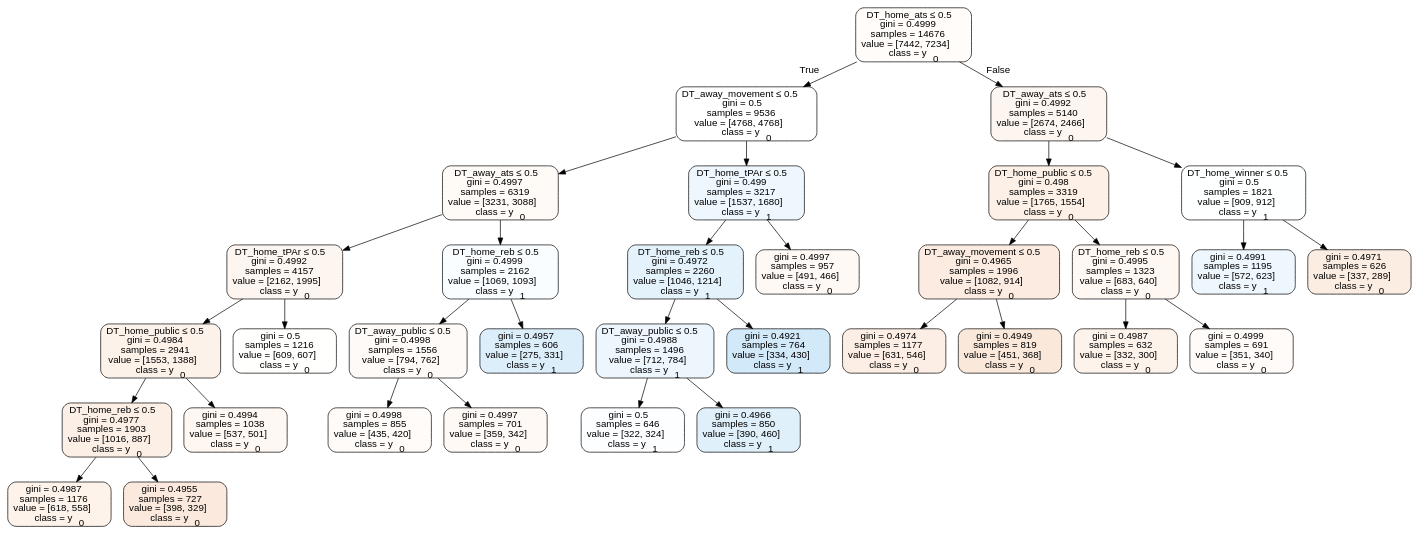
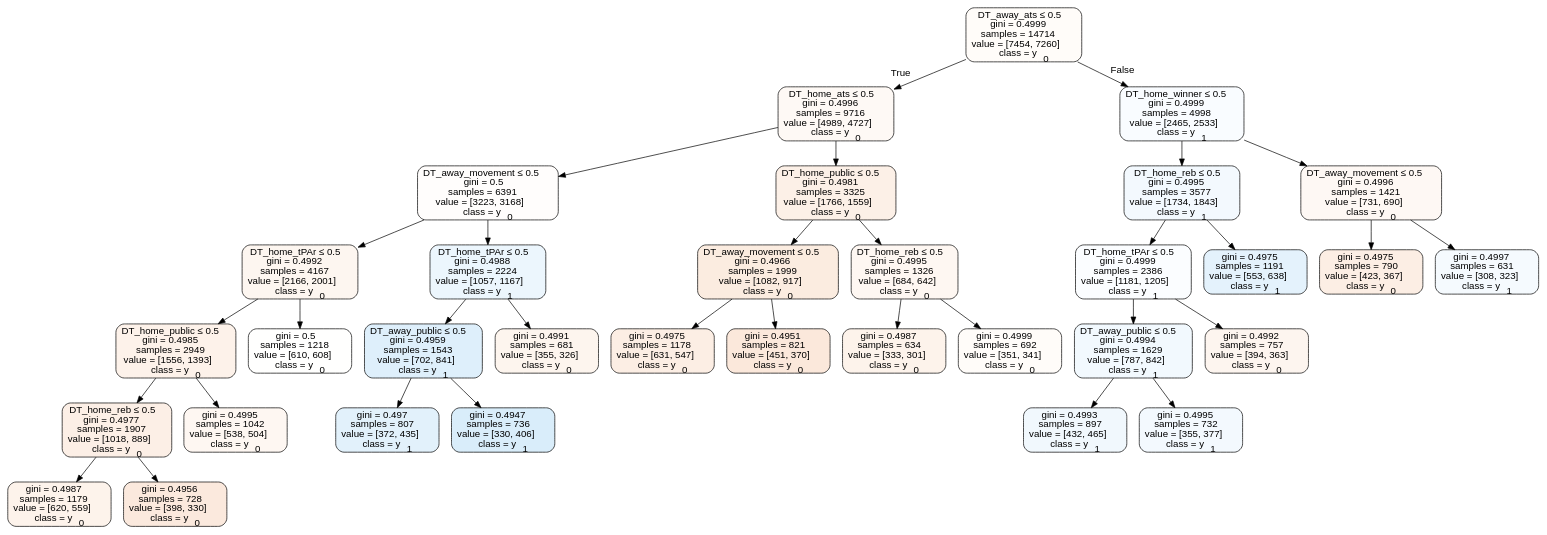
The diagram in Basketball/data/trees/tree2017home.dot (usbogie/ncaa-bets), drawn with Graphviz before and after one commit. The commit also changed 33 other files, not shown here.

```diff
--- a/Basketball/data/trees/tree2017home.dot
+++ b/Basketball/data/trees/tree2017home.dot
@@ -1,69 +1,69 @@
 digraph Tree {
 node [shape=box, style="filled, rounded", color="black", fontname=helvetica] ;
 edge [fontname=helvetica] ;
-0 [label=<DT_home_ats &le; 0.5<br/>gini = 0.4999<br/>samples = 14676<br/>value = [7442, 7234]<br/>class = y<SUB>0</SUB>>, fillcolor="#e5813907"] ;
-1 [label=<DT_away_movement &le; 0.5<br/>gini = 0.5<br/>samples = 9536<br/>value = [4768, 4768]<br/>class = y<SUB>0</SUB>>, fillcolor="#e5813900"] ;
+0 [label=<DT_away_ats &le; 0.5<br/>gini = 0.4999<br/>samples = 14714<br/>value = [7454, 7260]<br/>class = y<SUB>0</SUB>>, fillcolor="#e5813907"] ;
+1 [label=<DT_home_ats &le; 0.5<br/>gini = 0.4996<br/>samples = 9716<br/>value = [4989, 4727]<br/>class = y<SUB>0</SUB>>, fillcolor="#e581390d"] ;
 0 -> 1 [labeldistance=2.5, labelangle=45, headlabel="True"] ;
-2 [label=<DT_away_ats &le; 0.5<br/>gini = 0.4997<br/>samples = 6319<br/>value = [3231, 3088]<br/>class = y<SUB>0</SUB>>, fillcolor="#e581390b"] ;
+2 [label=<DT_away_movement &le; 0.5<br/>gini = 0.5<br/>samples = 6391<br/>value = [3223, 3168]<br/>class = y<SUB>0</SUB>>, fillcolor="#e5813904"] ;
 1 -> 2 ;
-3 [label=<DT_home_tPAr &le; 0.5<br/>gini = 0.4992<br/>samples = 4157<br/>value = [2162, 1995]<br/>class = y<SUB>0</SUB>>, fillcolor="#e5813914"] ;
+3 [label=<DT_home_tPAr &le; 0.5<br/>gini = 0.4992<br/>samples = 4167<br/>value = [2166, 2001]<br/>class = y<SUB>0</SUB>>, fillcolor="#e5813913"] ;
 2 -> 3 ;
-4 [label=<DT_home_public &le; 0.5<br/>gini = 0.4984<br/>samples = 2941<br/>value = [1553, 1388]<br/>class = y<SUB>0</SUB>>, fillcolor="#e581391b"] ;
+4 [label=<DT_home_public &le; 0.5<br/>gini = 0.4985<br/>samples = 2949<br/>value = [1556, 1393]<br/>class = y<SUB>0</SUB>>, fillcolor="#e581391b"] ;
 3 -> 4 ;
-5 [label=<DT_home_reb &le; 0.5<br/>gini = 0.4977<br/>samples = 1903<br/>value = [1016, 887]<br/>class = y<SUB>0</SUB>>, fillcolor="#e5813920"] ;
+5 [label=<DT_home_reb &le; 0.5<br/>gini = 0.4977<br/>samples = 1907<br/>value = [1018, 889]<br/>class = y<SUB>0</SUB>>, fillcolor="#e5813920"] ;
 4 -> 5 ;
-6 [label=<gini = 0.4987<br/>samples = 1176<br/>value = [618, 558]<br/>class = y<SUB>0</SUB>>, fillcolor="#e5813919"] ;
+6 [label=<gini = 0.4987<br/>samples = 1179<br/>value = [620, 559]<br/>class = y<SUB>0</SUB>>, fillcolor="#e5813919"] ;
 5 -> 6 ;
-7 [label=<gini = 0.4955<br/>samples = 727<br/>value = [398, 329]<br/>class = y<SUB>0</SUB>>, fillcolor="#e581392c"] ;
+7 [label=<gini = 0.4956<br/>samples = 728<br/>value = [398, 330]<br/>class = y<SUB>0</SUB>>, fillcolor="#e581392c"] ;
 5 -> 7 ;
-8 [label=<gini = 0.4994<br/>samples = 1038<br/>value = [537, 501]<br/>class = y<SUB>0</SUB>>, fillcolor="#e5813911"] ;
+8 [label=<gini = 0.4995<br/>samples = 1042<br/>value = [538, 504]<br/>class = y<SUB>0</SUB>>, fillcolor="#e5813910"] ;
 4 -> 8 ;
-9 [label=<gini = 0.5<br/>samples = 1216<br/>value = [609, 607]<br/>class = y<SUB>0</SUB>>, fillcolor="#e5813901"] ;
+9 [label=<gini = 0.5<br/>samples = 1218<br/>value = [610, 608]<br/>class = y<SUB>0</SUB>>, fillcolor="#e5813901"] ;
 3 -> 9 ;
-10 [label=<DT_home_reb &le; 0.5<br/>gini = 0.4999<br/>samples = 2162<br/>value = [1069, 1093]<br/>class = y<SUB>1</SUB>>, fillcolor="#399de506"] ;
+10 [label=<DT_home_tPAr &le; 0.5<br/>gini = 0.4988<br/>samples = 2224<br/>value = [1057, 1167]<br/>class = y<SUB>1</SUB>>, fillcolor="#399de518"] ;
 2 -> 10 ;
-11 [label=<DT_away_public &le; 0.5<br/>gini = 0.4998<br/>samples = 1556<br/>value = [794, 762]<br/>class = y<SUB>0</SUB>>, fillcolor="#e581390a"] ;
+11 [label=<DT_away_public &le; 0.5<br/>gini = 0.4959<br/>samples = 1543<br/>value = [702, 841]<br/>class = y<SUB>1</SUB>>, fillcolor="#399de52a"] ;
 10 -> 11 ;
-12 [label=<gini = 0.4998<br/>samples = 855<br/>value = [435, 420]<br/>class = y<SUB>0</SUB>>, fillcolor="#e5813909"] ;
+12 [label=<gini = 0.497<br/>samples = 807<br/>value = [372, 435]<br/>class = y<SUB>1</SUB>>, fillcolor="#399de525"] ;
 11 -> 12 ;
-13 [label=<gini = 0.4997<br/>samples = 701<br/>value = [359, 342]<br/>class = y<SUB>0</SUB>>, fillcolor="#e581390c"] ;
+13 [label=<gini = 0.4947<br/>samples = 736<br/>value = [330, 406]<br/>class = y<SUB>1</SUB>>, fillcolor="#399de530"] ;
 11 -> 13 ;
-14 [label=<gini = 0.4957<br/>samples = 606<br/>value = [275, 331]<br/>class = y<SUB>1</SUB>>, fillcolor="#399de52b"] ;
+14 [label=<gini = 0.4991<br/>samples = 681<br/>value = [355, 326]<br/>class = y<SUB>0</SUB>>, fillcolor="#e5813915"] ;
 10 -> 14 ;
-15 [label=<DT_home_tPAr &le; 0.5<br/>gini = 0.499<br/>samples = 3217<br/>value = [1537, 1680]<br/>class = y<SUB>1</SUB>>, fillcolor="#399de516"] ;
+15 [label=<DT_home_public &le; 0.5<br/>gini = 0.4981<br/>samples = 3325<br/>value = [1766, 1559]<br/>class = y<SUB>0</SUB>>, fillcolor="#e581391e"] ;
 1 -> 15 ;
-16 [label=<DT_home_reb &le; 0.5<br/>gini = 0.4972<br/>samples = 2260<br/>value = [1046, 1214]<br/>class = y<SUB>1</SUB>>, fillcolor="#399de523"] ;
+16 [label=<DT_away_movement &le; 0.5<br/>gini = 0.4966<br/>samples = 1999<br/>value = [1082, 917]<br/>class = y<SUB>0</SUB>>, fillcolor="#e5813927"] ;
 15 -> 16 ;
-17 [label=<DT_away_public &le; 0.5<br/>gini = 0.4988<br/>samples = 1496<br/>value = [712, 784]<br/>class = y<SUB>1</SUB>>, fillcolor="#399de517"] ;
+17 [label=<gini = 0.4975<br/>samples = 1178<br/>value = [631, 547]<br/>class = y<SUB>0</SUB>>, fillcolor="#e5813922"] ;
 16 -> 17 ;
-18 [label=<gini = 0.5<br/>samples = 646<br/>value = [322, 324]<br/>class = y<SUB>1</SUB>>, fillcolor="#399de502"] ;
-17 -> 18 ;
-19 [label=<gini = 0.4966<br/>samples = 850<br/>value = [390, 460]<br/>class = y<SUB>1</SUB>>, fillcolor="#399de527"] ;
-17 -> 19 ;
-20 [label=<gini = 0.4921<br/>samples = 764<br/>value = [334, 430]<br/>class = y<SUB>1</SUB>>, fillcolor="#399de539"] ;
-16 -> 20 ;
-21 [label=<gini = 0.4997<br/>samples = 957<br/>value = [491, 466]<br/>class = y<SUB>0</SUB>>, fillcolor="#e581390d"] ;
-15 -> 21 ;
-22 [label=<DT_away_ats &le; 0.5<br/>gini = 0.4992<br/>samples = 5140<br/>value = [2674, 2466]<br/>class = y<SUB>0</SUB>>, fillcolor="#e5813914"] ;
+18 [label=<gini = 0.4951<br/>samples = 821<br/>value = [451, 370]<br/>class = y<SUB>0</SUB>>, fillcolor="#e581392e"] ;
+16 -> 18 ;
+19 [label=<DT_home_reb &le; 0.5<br/>gini = 0.4995<br/>samples = 1326<br/>value = [684, 642]<br/>class = y<SUB>0</SUB>>, fillcolor="#e5813910"] ;
+15 -> 19 ;
+20 [label=<gini = 0.4987<br/>samples = 634<br/>value = [333, 301]<br/>class = y<SUB>0</SUB>>, fillcolor="#e5813919"] ;
+19 -> 20 ;
+21 [label=<gini = 0.4999<br/>samples = 692<br/>value = [351, 341]<br/>class = y<SUB>0</SUB>>, fillcolor="#e5813907"] ;
+19 -> 21 ;
+22 [label=<DT_home_winner &le; 0.5<br/>gini = 0.4999<br/>samples = 4998<br/>value = [2465, 2533]<br/>class = y<SUB>1</SUB>>, fillcolor="#399de507"] ;
 0 -> 22 [labeldistance=2.5, labelangle=-45, headlabel="False"] ;
-23 [label=<DT_home_public &le; 0.5<br/>gini = 0.498<br/>samples = 3319<br/>value = [1765, 1554]<br/>class = y<SUB>0</SUB>>, fillcolor="#e581391e"] ;
+23 [label=<DT_home_reb &le; 0.5<br/>gini = 0.4995<br/>samples = 3577<br/>value = [1734, 1843]<br/>class = y<SUB>1</SUB>>, fillcolor="#399de50f"] ;
 22 -> 23 ;
-24 [label=<DT_away_movement &le; 0.5<br/>gini = 0.4965<br/>samples = 1996<br/>value = [1082, 914]<br/>class = y<SUB>0</SUB>>, fillcolor="#e5813928"] ;
+24 [label=<DT_home_tPAr &le; 0.5<br/>gini = 0.4999<br/>samples = 2386<br/>value = [1181, 1205]<br/>class = y<SUB>1</SUB>>, fillcolor="#399de505"] ;
 23 -> 24 ;
-25 [label=<gini = 0.4974<br/>samples = 1177<br/>value = [631, 546]<br/>class = y<SUB>0</SUB>>, fillcolor="#e5813922"] ;
+25 [label=<DT_away_public &le; 0.5<br/>gini = 0.4994<br/>samples = 1629<br/>value = [787, 842]<br/>class = y<SUB>1</SUB>>, fillcolor="#399de511"] ;
 24 -> 25 ;
-26 [label=<gini = 0.4949<br/>samples = 819<br/>value = [451, 368]<br/>class = y<SUB>0</SUB>>, fillcolor="#e581392f"] ;
-24 -> 26 ;
-27 [label=<DT_home_reb &le; 0.5<br/>gini = 0.4995<br/>samples = 1323<br/>value = [683, 640]<br/>class = y<SUB>0</SUB>>, fillcolor="#e5813910"] ;
-23 -> 27 ;
-28 [label=<gini = 0.4987<br/>samples = 632<br/>value = [332, 300]<br/>class = y<SUB>0</SUB>>, fillcolor="#e5813919"] ;
-27 -> 28 ;
-29 [label=<gini = 0.4999<br/>samples = 691<br/>value = [351, 340]<br/>class = y<SUB>0</SUB>>, fillcolor="#e5813908"] ;
-27 -> 29 ;
-30 [label=<DT_home_winner &le; 0.5<br/>gini = 0.5<br/>samples = 1821<br/>value = [909, 912]<br/>class = y<SUB>1</SUB>>, fillcolor="#399de501"] ;
+26 [label=<gini = 0.4993<br/>samples = 897<br/>value = [432, 465]<br/>class = y<SUB>1</SUB>>, fillcolor="#399de512"] ;
+25 -> 26 ;
+27 [label=<gini = 0.4995<br/>samples = 732<br/>value = [355, 377]<br/>class = y<SUB>1</SUB>>, fillcolor="#399de50f"] ;
+25 -> 27 ;
+28 [label=<gini = 0.4992<br/>samples = 757<br/>value = [394, 363]<br/>class = y<SUB>0</SUB>>, fillcolor="#e5813914"] ;
+24 -> 28 ;
+29 [label=<gini = 0.4975<br/>samples = 1191<br/>value = [553, 638]<br/>class = y<SUB>1</SUB>>, fillcolor="#399de522"] ;
+23 -> 29 ;
+30 [label=<DT_away_movement &le; 0.5<br/>gini = 0.4996<br/>samples = 1421<br/>value = [731, 690]<br/>class = y<SUB>0</SUB>>, fillcolor="#e581390e"] ;
 22 -> 30 ;
-31 [label=<gini = 0.4991<br/>samples = 1195<br/>value = [572, 623]<br/>class = y<SUB>1</SUB>>, fillcolor="#399de515"] ;
+31 [label=<gini = 0.4975<br/>samples = 790<br/>value = [423, 367]<br/>class = y<SUB>0</SUB>>, fillcolor="#e5813922"] ;
 30 -> 31 ;
-32 [label=<gini = 0.4971<br/>samples = 626<br/>value = [337, 289]<br/>class = y<SUB>0</SUB>>, fillcolor="#e5813924"] ;
+32 [label=<gini = 0.4997<br/>samples = 631<br/>value = [308, 323]<br/>class = y<SUB>1</SUB>>, fillcolor="#399de50c"] ;
 30 -> 32 ;
 }
```
